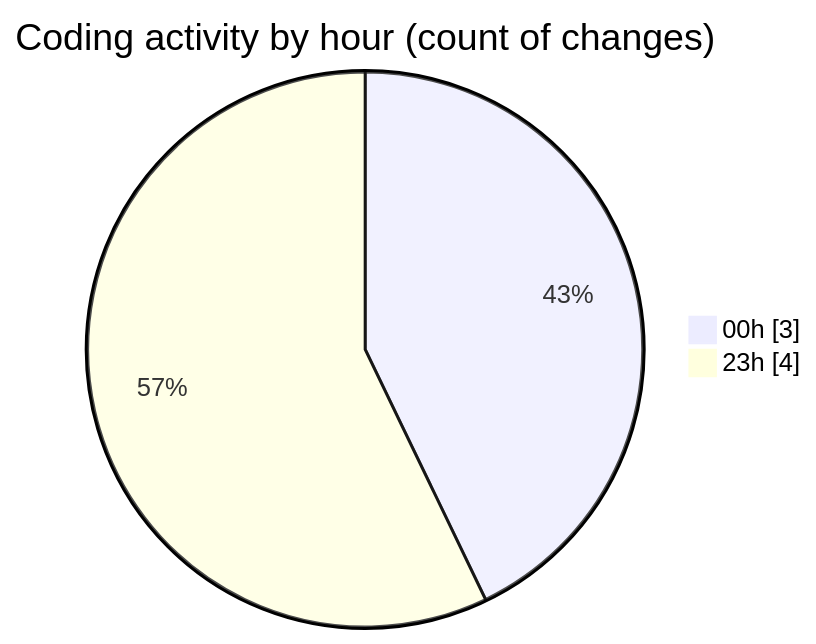
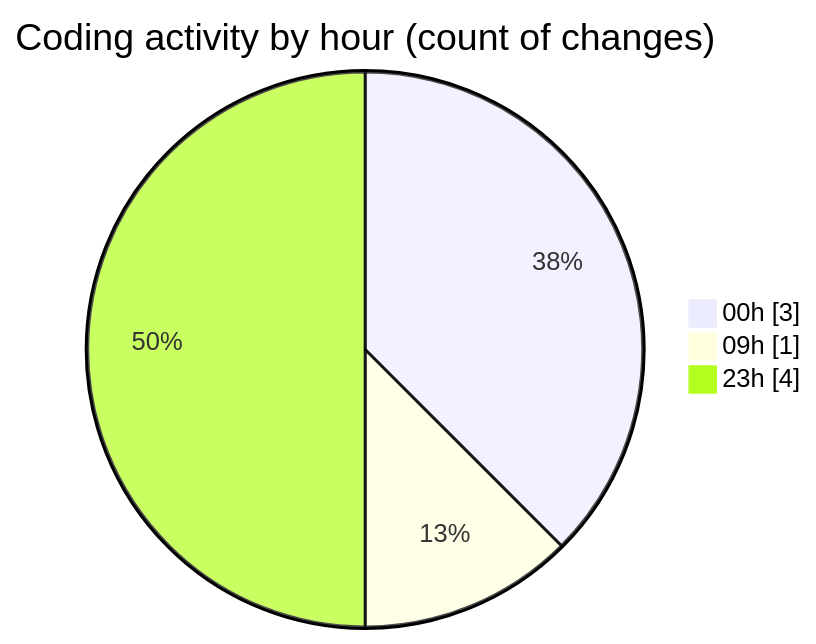
The second of 2 diagrams in 2025-05-16/niten/README.md (Elitesun/code-tracking), drawn with Mermaid before and after one commit. The commit also changed other lines of this file and 1 other file, not shown here.

````diff
--- a/2025-05-16/niten/README.md
+++ b/2025-05-16/niten/README.md
@@ -31,6 +33,7 @@
 ```mermaid
 pie showData
 title Coding activity by hour (count of changes)
 "00h" : 3
+"09h" : 1
 "23h" : 4
 ```
````
